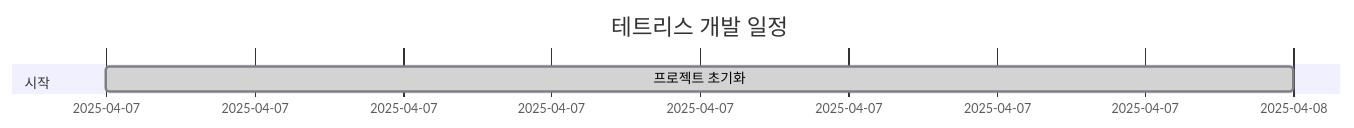
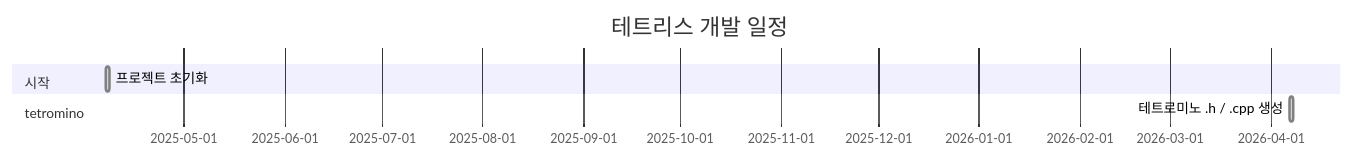
Before and after one commit to Chance031/Tetris-cpp: the diagram in README.md, drawn with Mermaid. The commit also changed other lines of this file, not shown here.

Commit message:
docs: README 자동 업데이트 [skip ci]

````diff
--- a/README.md
+++ b/README.md
@@ -27,7 +27,9 @@
 ```mermaid
 gantt
     title 테트리스 개발 일정
     dateFormat YYYY-MM-DD
     section 시작
         프로젝트 초기화 :done, init, 2025-04-07, 1d
+    section tetromino
+        테트로미노 .h / .cpp 생성 :done, t16803, 2026-04-07, 1d
 ```
````
